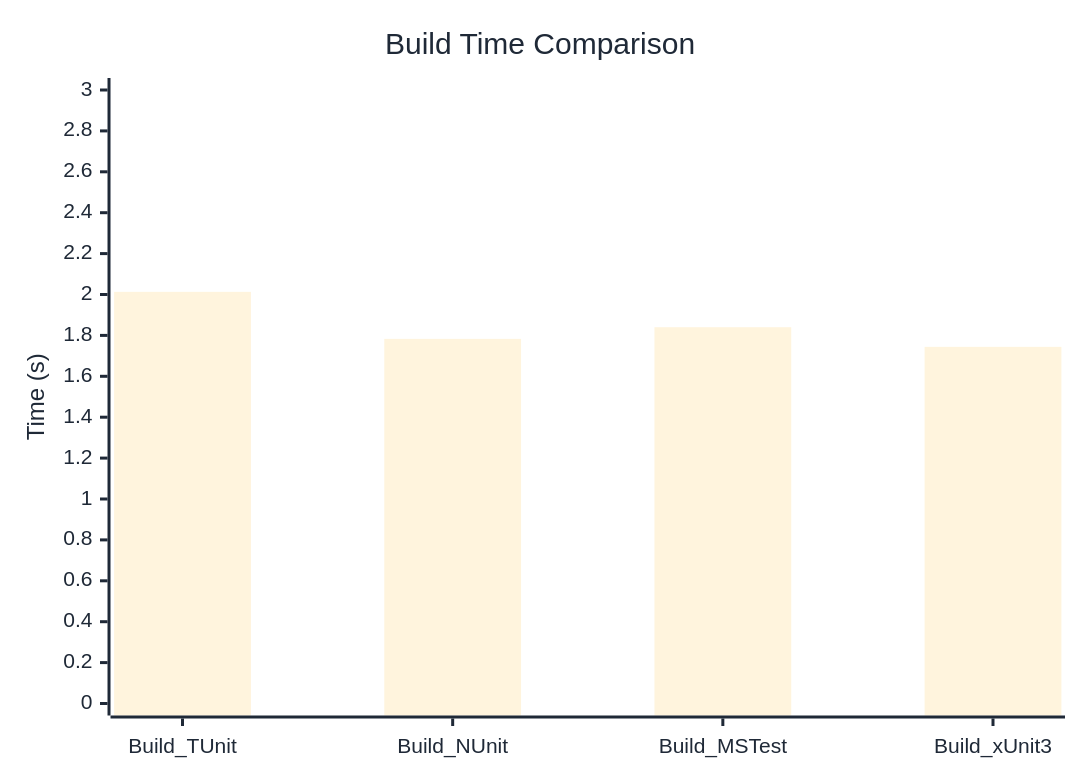
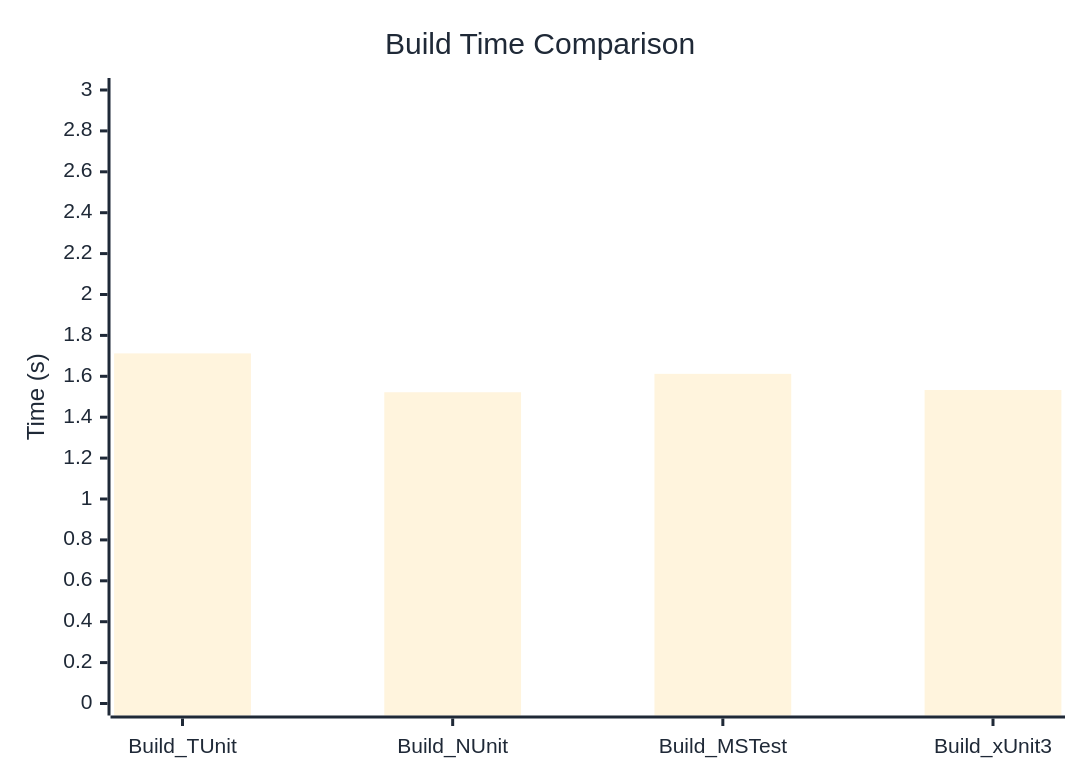
The diagram in docs/docs/benchmarks/BuildTime.md (thomhurst/TUnit), drawn with Mermaid before and after one commit. The commit also changed other lines of this file and 17 other files, not shown here.

````diff
--- a/docs/docs/benchmarks/BuildTime.md
+++ b/docs/docs/benchmarks/BuildTime.md
@@ -28,37 +28,37 @@
 ```mermaid
 %%{init: {
   'theme':'base',
   'themeVariables': {
     'primaryColor': '#2563eb',
     'primaryTextColor': '#1f2937',
     'primaryBorderColor': '#1e40af',
     'lineColor': '#6b7280',
     'secondaryColor': '#7c3aed',
     'tertiaryColor': '#dc2626',
     'background': '#ffffff',
     'mainBkg': '#2563eb',
     'secondBkg': '#7c3aed',
     'tertiaryBkg': '#dc2626',
     'clusterBkg': '#f3f4f6',
     'edgeLabelBackground': '#ffffff',
     'tertiaryTextColor': '#1f2937',
     'pie1': '#2563eb',
     'pie2': '#7c3aed',
     'pie3': '#dc2626',
     'pie4': '#f59e0b',
     'pie5': '#10b981',
     'pie6': '#06b6d4',
     'pie7': '#ec4899',
     'pie8': '#6366f1',
     'pie9': '#84cc16',
     'pie10': '#f97316',
     'pie11': '#14b8a6',
     'pie12': '#a855f7'
   }
 }}%%
 xychart-beta
   title "Build Time Comparison"
   x-axis ["Build_TUnit", "Build_NUnit", "Build_MSTest", "Build_xUnit3"]
   y-axis "Time (s)" 0 --> 3
-  bar [2.013, 1.783, 1.84, 1.744]
+  bar [1.712, 1.522, 1.612, 1.533]
 ```
````
